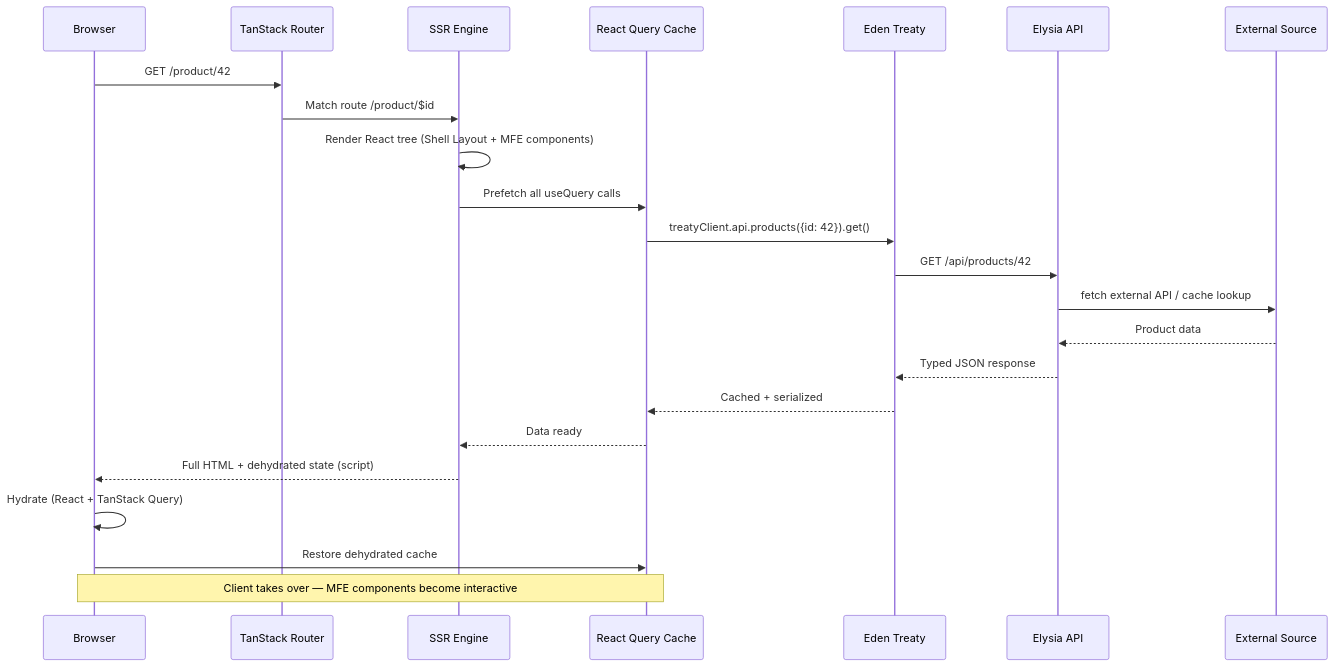
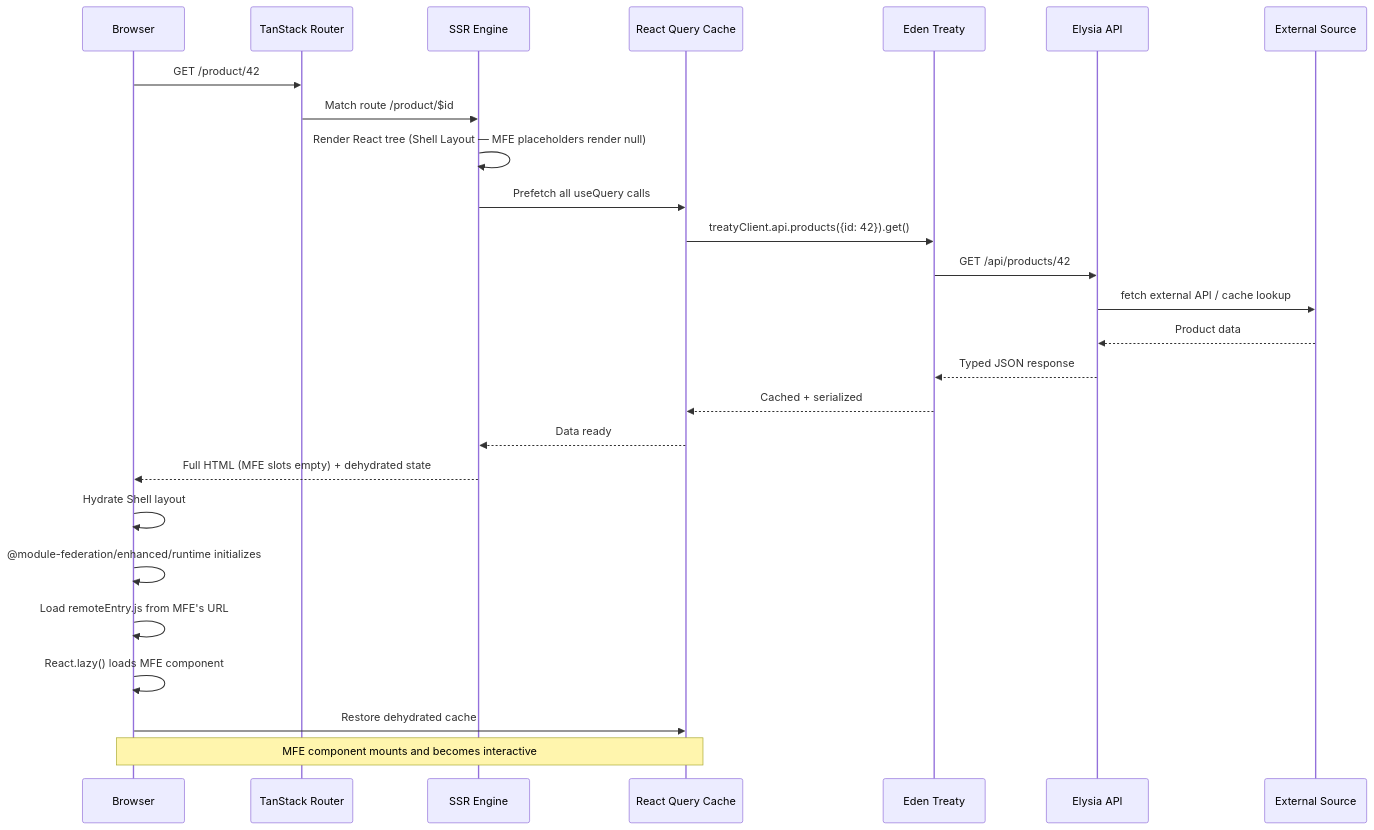
Before and after one commit to Its-Satyajit/MFECP: the third of 9 diagrams in docs/architecture.md, drawn with Mermaid. The commit also changed other lines of this file and 40 other files, not shown here.

First line of the commit message:
feat(shell): add router logout, error, and style updates- import useRouter and integrate router-based navigation for logout to replace direct window.location and avoid full page reloads.

````diff
--- a/docs/architecture.md
+++ b/docs/architecture.md
@@ -88,26 +87,29 @@
 ```mermaid
 sequenceDiagram
     participant Browser as Browser
     participant Router as TanStack Router
     participant SSR as SSR Engine
     participant Cache as React Query Cache
     participant Treaty as Eden Treaty
     participant Elysia as Elysia API
     participant Ext as External Source
 
     Browser->>Router: GET /product/42
     Router->>SSR: Match route /product/$id
-    SSR->>SSR: Render React tree (Shell Layout + MFE components)
+    SSR->>SSR: Render React tree (Shell Layout — MFE placeholders render null)
     SSR->>Cache: Prefetch all useQuery calls
     Cache->>Treaty: treatyClient.api.products({id: 42}).get()
     Treaty->>Elysia: GET /api/products/42
     Elysia->>Ext: fetch external API / cache lookup
     Ext-->>Elysia: Product data
     Elysia-->>Treaty: Typed JSON response
     Treaty-->>Cache: Cached + serialized
     Cache-->>SSR: Data ready
-    SSR-->>Browser: Full HTML + dehydrated state (script)
-    Browser->>Browser: Hydrate (React + TanStack Query)
+    SSR-->>Browser: Full HTML (MFE slots empty) + dehydrated state
+    Browser->>Browser: Hydrate Shell layout
+    Browser->>Browser: @module-federation/enhanced/runtime initializes
+    Browser->>Browser: Load remoteEntry.js from MFE's URL
+    Browser->>Browser: React.lazy() loads MFE component
     Browser->>Cache: Restore dehydrated cache
-    Note over Browser,Cache: Client takes over — MFE components become interactive
+    Note over Browser,Cache: MFE component mounts and becomes interactive
 ```
````
